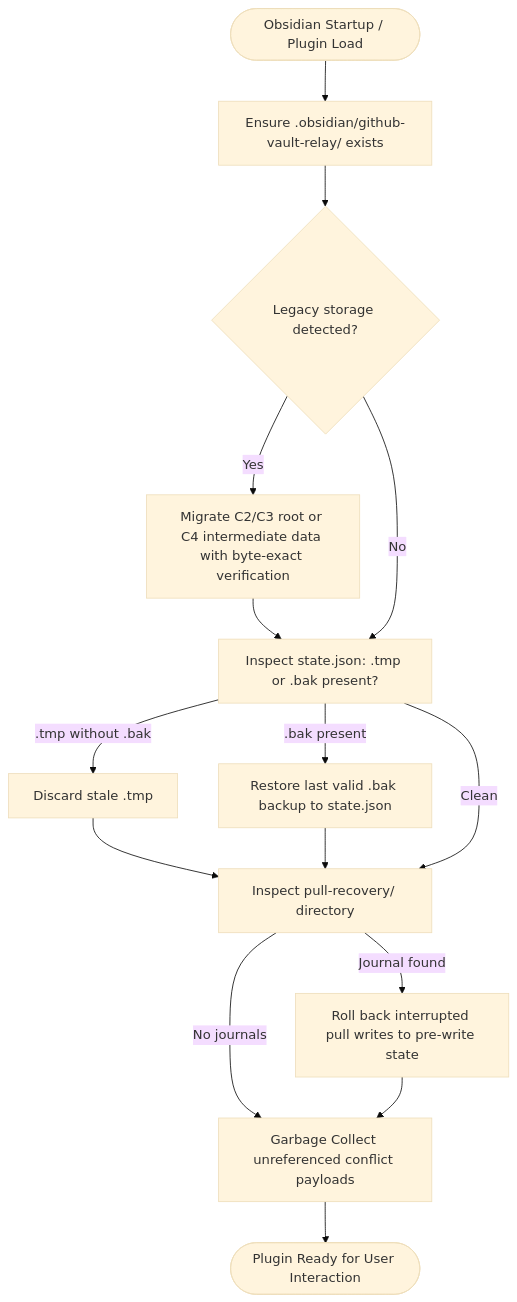
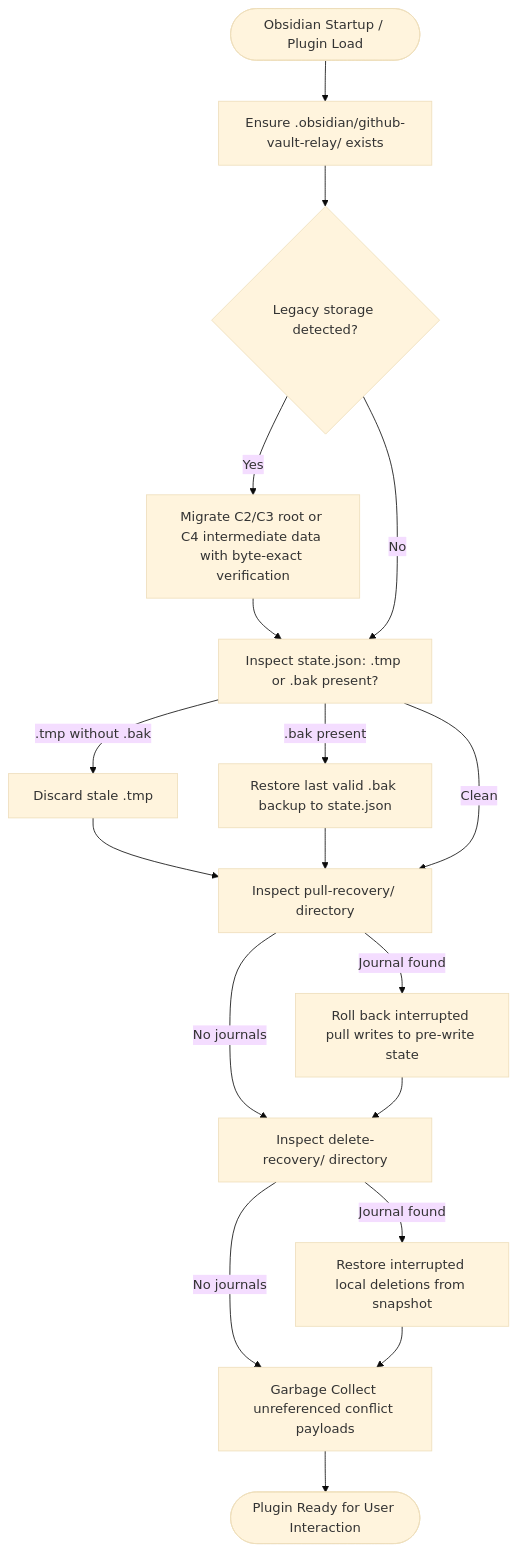
One commit to ankhang0704/github-vault-relay changed the sixth of 6 diagrams in docs/ARCHITECTURE.md. Above: the diagram before and after it, drawn with Mermaid (base theme). The commit also changed other lines of this file and 22 other files, not shown here.

````diff
--- a/docs/ARCHITECTURE.md
+++ b/docs/ARCHITECTURE.md
@@ -193,17 +193,20 @@
 ```mermaid
 flowchart TD
     Startup(["Obsidian Startup / Plugin Load"]) --> CheckDir["Ensure .obsidian/github-vault-relay/ exists"]
     CheckDir --> MigCheck{"Legacy storage detected?"}
     MigCheck -->|"Yes"| MigAction["Migrate C2/C3 root or C4 intermediate data with byte-exact verification"]
     MigAction --> AtomicRec
     MigCheck -->|"No"| AtomicRec["Inspect state.json: .tmp or .bak present?"]
     AtomicRec -->|".tmp without .bak"| DiscardTmp["Discard stale .tmp"]
     AtomicRec -->|".bak present"| RestoreBak["Restore last valid .bak backup to state.json"]
-    DiscardTmp --> JournalCheck
-    RestoreBak --> JournalCheck
-    AtomicRec -->|"Clean"| JournalCheck["Inspect pull-recovery/ directory"]
-    JournalCheck -->|"Journal found"| RollbackJournal["Roll back interrupted pull writes to pre-write state"]
-    JournalCheck -->|"No journals"| OrphanGC["Garbage Collect unreferenced conflict payloads"]
-    RollbackJournal --> OrphanGC
+    DiscardTmp --> PullJournalCheck
+    RestoreBak --> PullJournalCheck
+    AtomicRec -->|"Clean"| PullJournalCheck["Inspect pull-recovery/ directory"]
+    PullJournalCheck -->|"Journal found"| RollbackPull["Roll back interrupted pull writes to pre-write state"]
+    PullJournalCheck -->|"No journals"| DelJournalCheck["Inspect delete-recovery/ directory"]
+    RollbackPull --> DelJournalCheck
+    DelJournalCheck -->|"Journal found"| RecoverDelete["Restore interrupted local deletions from snapshot"]
+    DelJournalCheck -->|"No journals"| OrphanGC["Garbage Collect unreferenced conflict payloads"]
+    RecoverDelete --> OrphanGC
     OrphanGC --> Ready(["Plugin Ready for User Interaction"])
 ```
````
